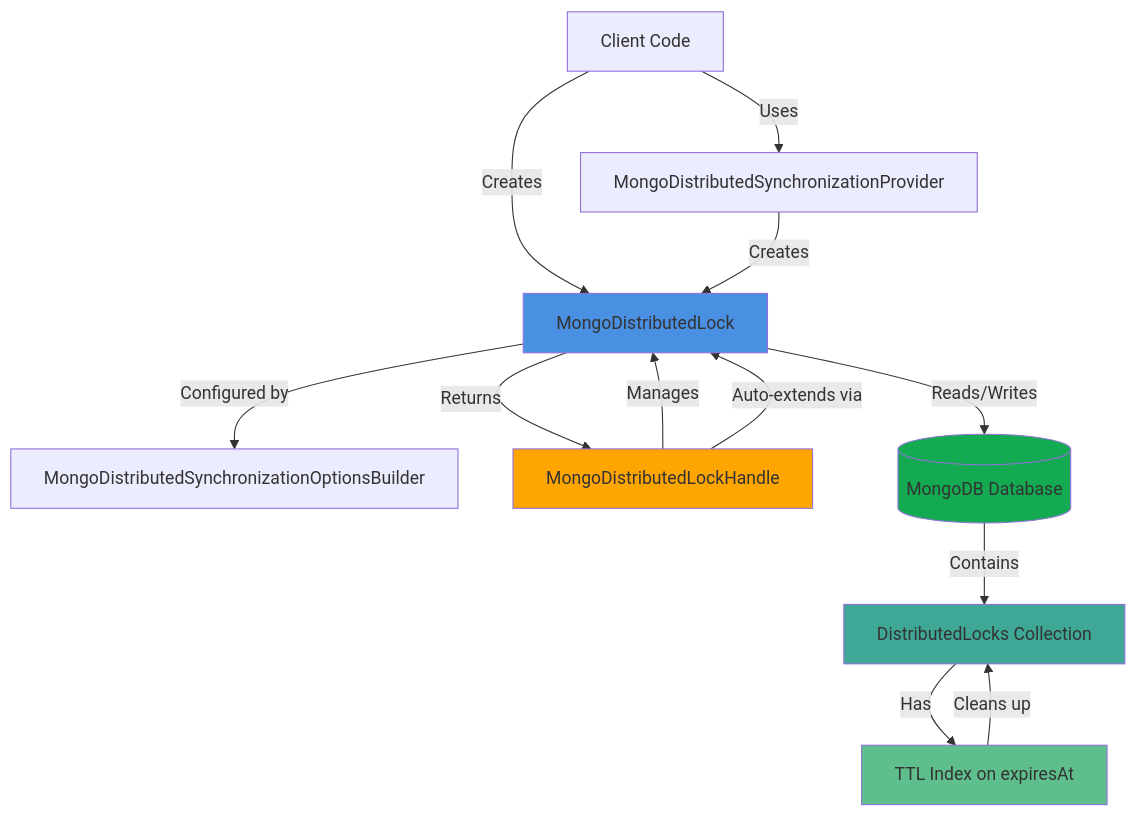
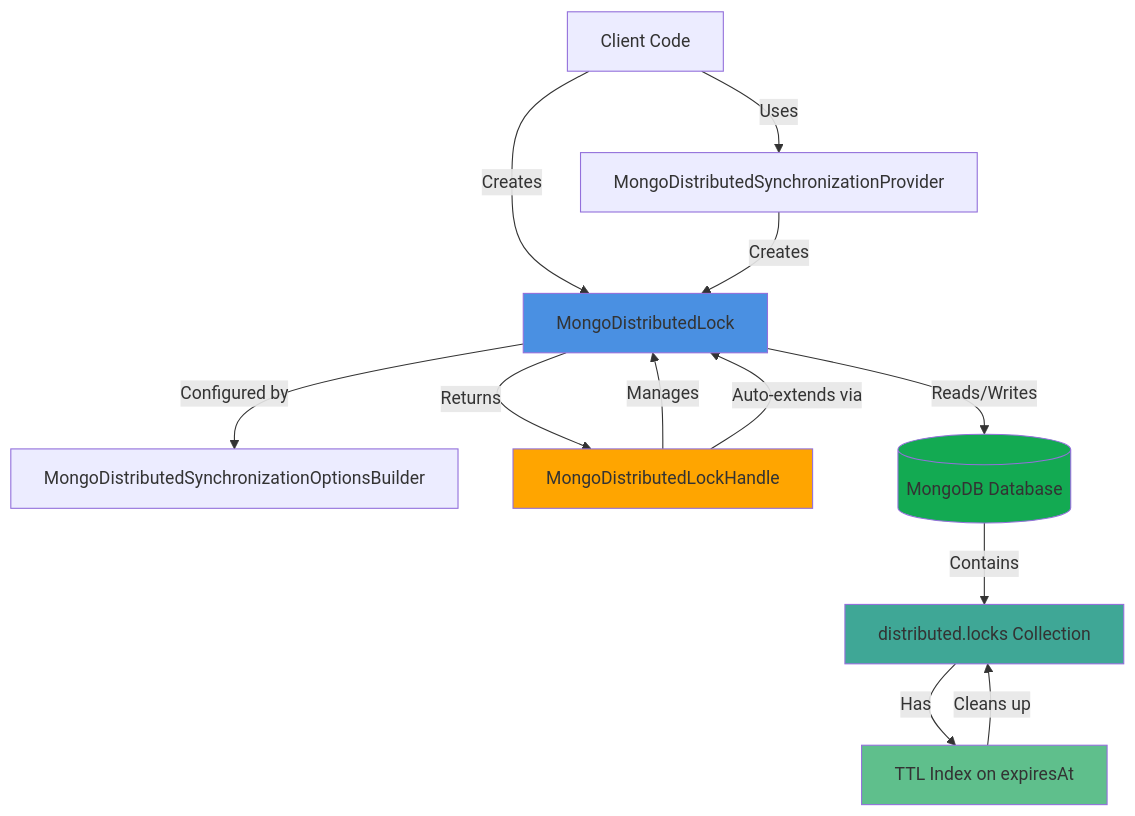
Before and after one commit to madelson/DistributedLock: the third of 7 diagrams in src/DistributedLock.MongoDB/README.md, drawn with Mermaid. The commit also changed other lines of this file and 9 other files, not shown here.

Commit message:
fix: pass all tests, change collection name to `distributed.locks`

````diff
--- a/src/DistributedLock.MongoDB/README.md
+++ b/src/DistributedLock.MongoDB/README.md
@@ -184,32 +184,32 @@
 ```mermaid
 graph TB
     Client["Client Code"]
     Lock["MongoDistributedLock"]
     Provider["MongoDistributedSynchronizationProvider"]
     Options["MongoDistributedSynchronizationOptionsBuilder"]
     Handle["MongoDistributedLockHandle"]
 
     MongoDB[("MongoDB Database")]
-    Collection["DistributedLocks Collection"]
+    Collection["distributed.locks Collection"]
     TTLIndex["TTL Index on expiresAt"]
 
     Client -->|Creates| Lock
     Client -->|Uses| Provider
     Provider -->|Creates| Lock
     Lock -->|Configured by| Options
     Lock -->|Returns| Handle
     Handle -->|Manages| Lock
 
     Lock -->|Reads/Writes| MongoDB
     Handle -->|Auto-extends via| Lock
 
     MongoDB -->|Contains| Collection
     Collection -->|Has| TTLIndex
     TTLIndex -->|Cleans up| Collection
 
     style MongoDB fill:#13aa52
     style Collection fill:#3fa796
     style TTLIndex fill:#5fbf8c
     style Handle fill:#ffa500
     style Lock fill:#4a90e2
 ```
````
